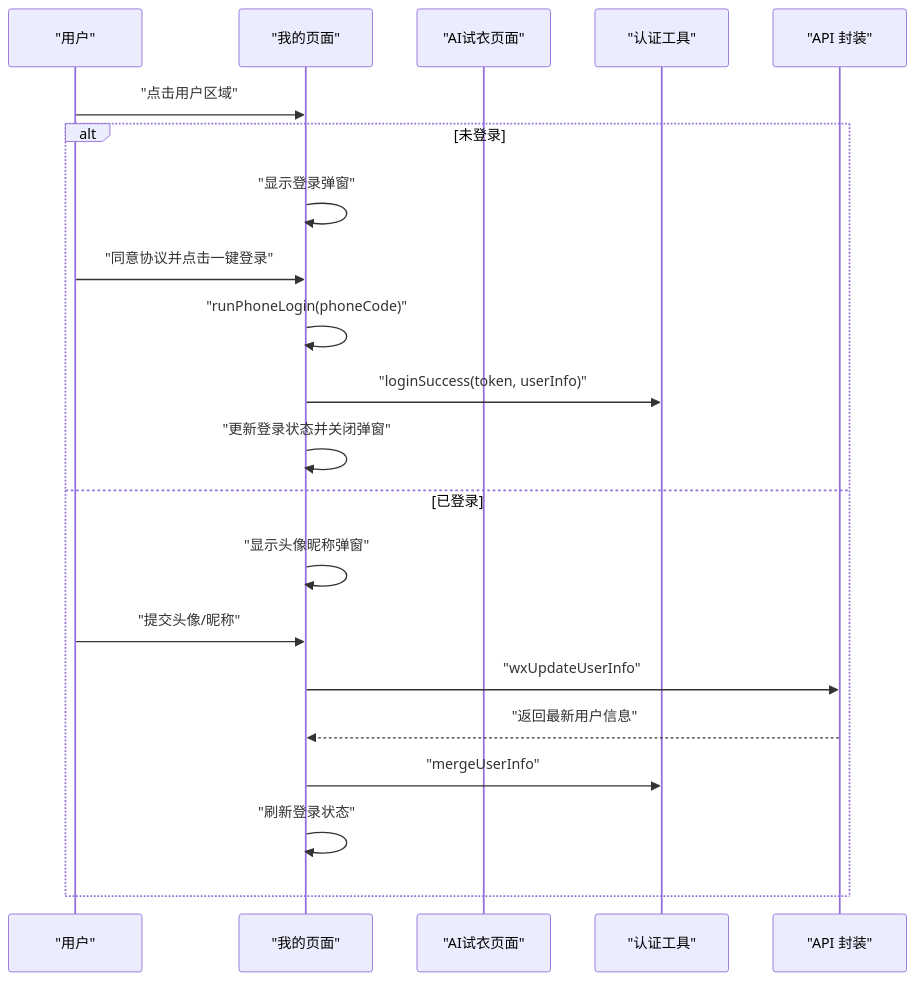
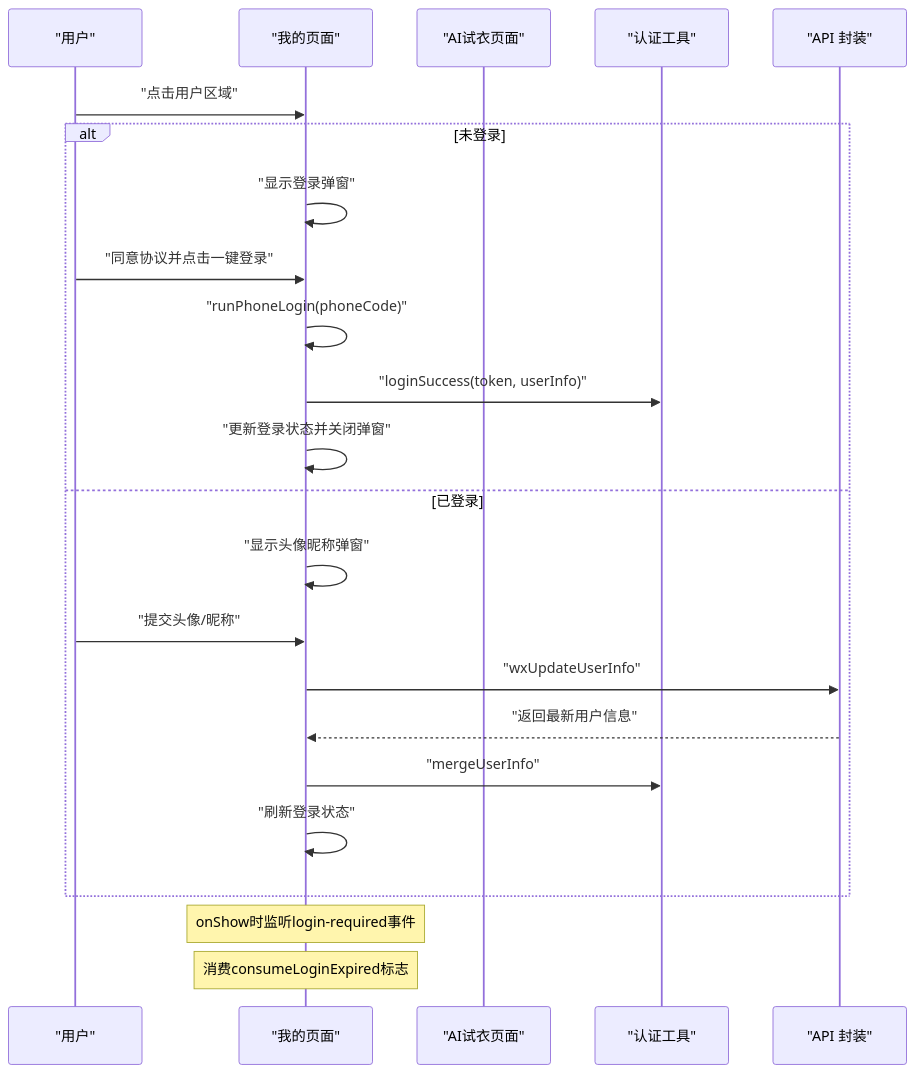
One commit to crazyma99/blueberry changed the seventh of 13 diagrams in .qoder/repowiki/zh/content/核心功能模块/用户认证系统.md. Above: the diagram before and after it, drawn with Mermaid. The commit also changed other lines of this file and 7 other files, not shown here.

````diff
--- a/.qoder/repowiki/zh/content/核心功能模块/用户认证系统.md
+++ b/.qoder/repowiki/zh/content/核心功能模块/用户认证系统.md
@@ -355,23 +382,25 @@
 ```mermaid
 sequenceDiagram
 participant U as "用户"
 participant Mine as "我的页面"
 participant AiTryOn as "AI试衣页面"
 participant Auth as "认证工具"
 participant API as "API 封装"
 U->>Mine : "点击用户区域"
 alt 未登录
 Mine->>Mine : "显示登录弹窗"
 U->>Mine : "同意协议并点击一键登录"
 Mine->>Mine : "runPhoneLogin(phoneCode)"
 Mine->>Auth : "loginSuccess(token, userInfo)"
 Mine->>Mine : "更新登录状态并关闭弹窗"
 else 已登录
 Mine->>Mine : "显示头像昵称弹窗"
 U->>Mine : "提交头像/昵称"
 Mine->>API : "wxUpdateUserInfo"
 API-->>Mine : "返回最新用户信息"
 Mine->>Auth : "mergeUserInfo"
 Mine->>Mine : "刷新登录状态"
 end
+Note over Mine : onShow时监听login-required事件
+Note over Mine : 消费consumeLoginExpired标志
 ```
````
